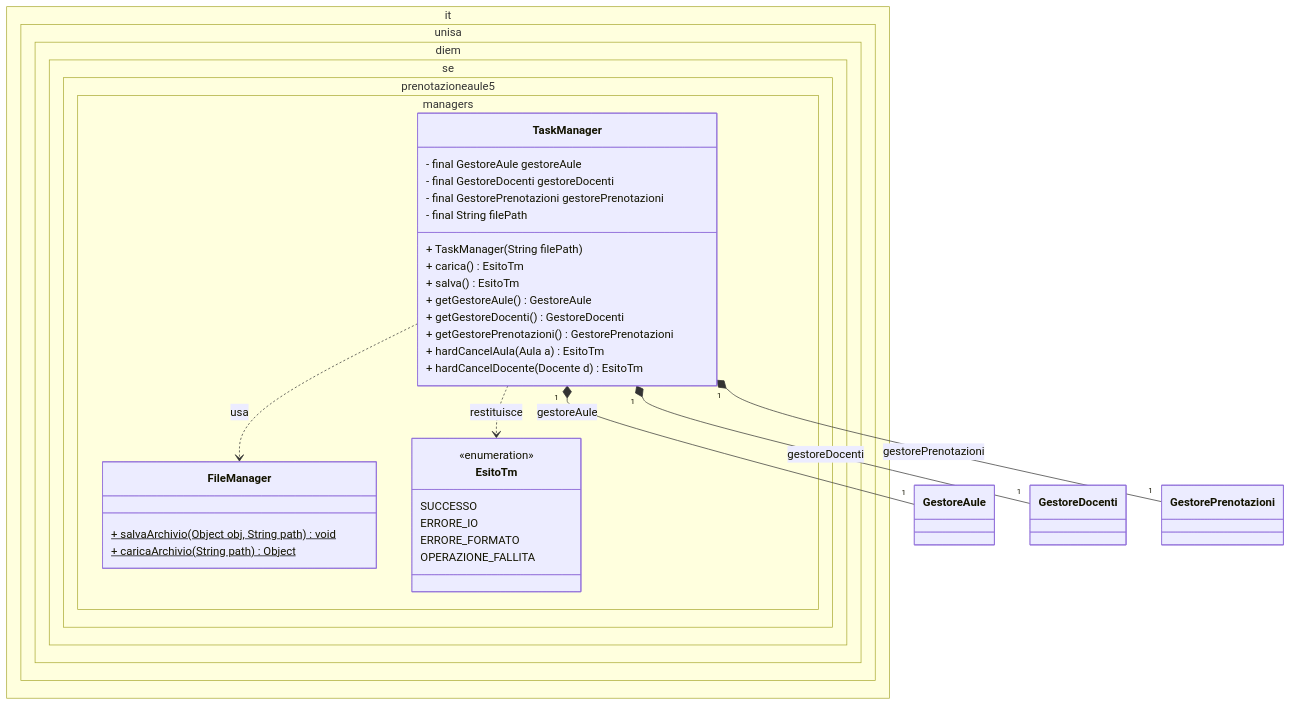
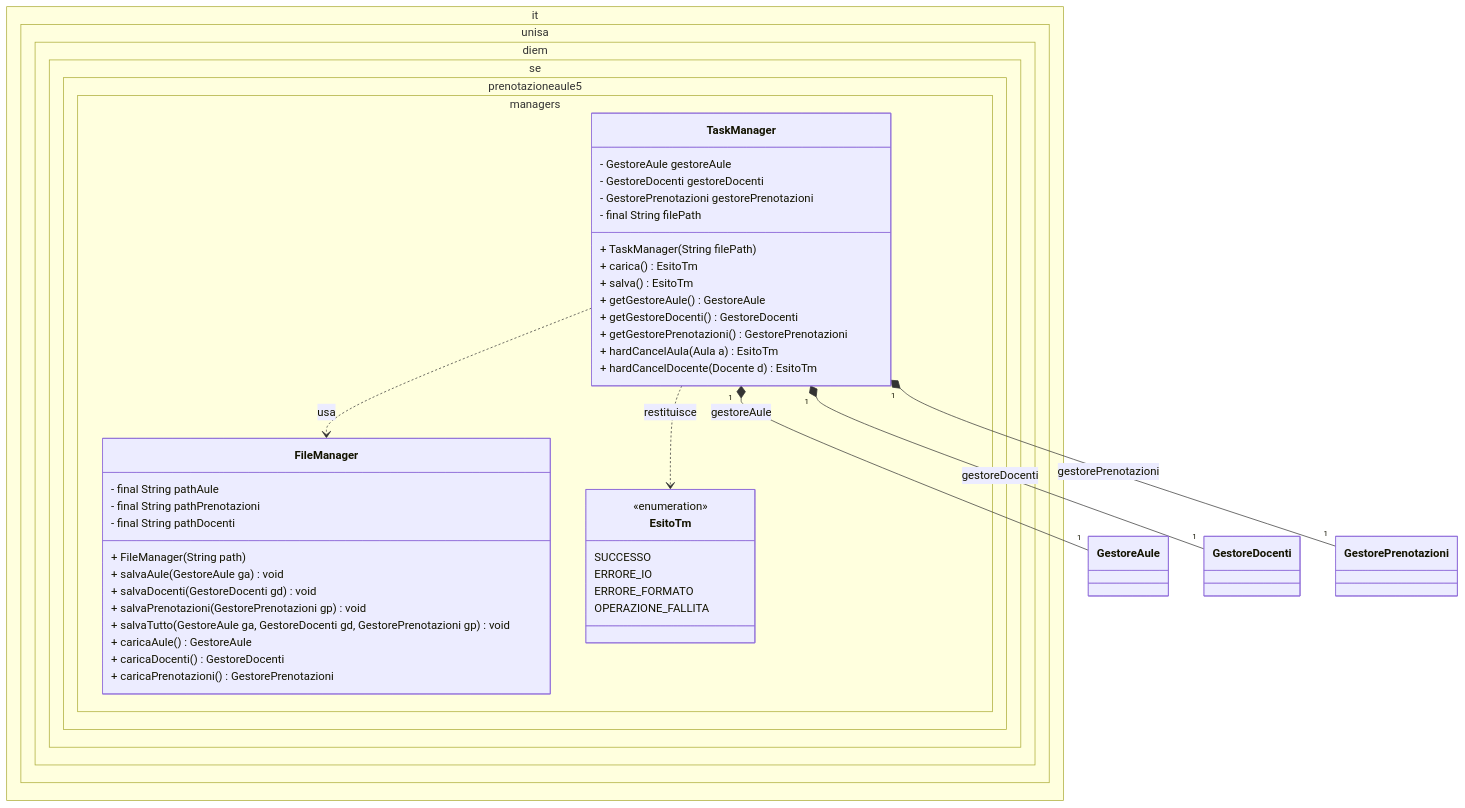
The diagram in diagrams/package diagrams/managersPackageDiagram.md (gcarbone48/PrenotazioneAule5), drawn with Mermaid before and after one commit. The commit also changed 1 other file, not shown here.

Commit message:
FIX: modifica managersPackageDiagram

````diff
--- a/diagrams/package diagrams/managersPackageDiagram.md
+++ b/diagrams/package diagrams/managersPackageDiagram.md
@@ -1,42 +1,51 @@
 ```mermaid
 classDiagram
     direction TB
 
     namespace it.unisa.diem.se.prenotazioneaule5.managers {
         class TaskManager {
-            - final GestoreAule gestoreAule
-            - final GestoreDocenti gestoreDocenti
-            - final GestorePrenotazioni gestorePrenotazioni
+            -  GestoreAule gestoreAule
+            -  GestoreDocenti gestoreDocenti
+            -  GestorePrenotazioni gestorePrenotazioni
             - final String filePath
             + TaskManager(String filePath)
             + carica() EsitoTm
             + salva() EsitoTm
             + getGestoreAule() GestoreAule
             + getGestoreDocenti() GestoreDocenti
             + getGestorePrenotazioni() GestorePrenotazioni
             + hardCancelAula(Aula a) EsitoTm
             + hardCancelDocente(Docente d) EsitoTm
         }
 
         class FileManager {
-            + salvaArchivio(Object obj, String path)$ void
-            + caricaArchivio(String path)$ Object
+            - final String pathAule
+            - final String pathPrenotazioni
+            - final String pathDocenti
+            + FileManager(String path)
+            + salvaAule(GestoreAule ga) void
+            + salvaDocenti(GestoreDocenti gd) void
+            + salvaPrenotazioni(GestorePrenotazioni gp) void
+            + salvaTutto(GestoreAule ga, GestoreDocenti gd, GestorePrenotazioni gp) void
+            + caricaAule() GestoreAule
+            + caricaDocenti() GestoreDocenti
+            + caricaPrenotazioni() GestorePrenotazioni
         }
 
         class EsitoTm {
             <<enumeration>>
             SUCCESSO
             ERRORE_IO
             ERRORE_FORMATO
             OPERAZIONE_FALLITA
         }
     }
 
     TaskManager "1" *-- "1" GestoreAule : gestoreAule
     TaskManager "1" *-- "1" GestoreDocenti : gestoreDocenti
     TaskManager "1" *-- "1" GestorePrenotazioni : gestorePrenotazioni
 
     TaskManager ..> FileManager : usa
     TaskManager ..> EsitoTm : restituisce
 
 ```
````
